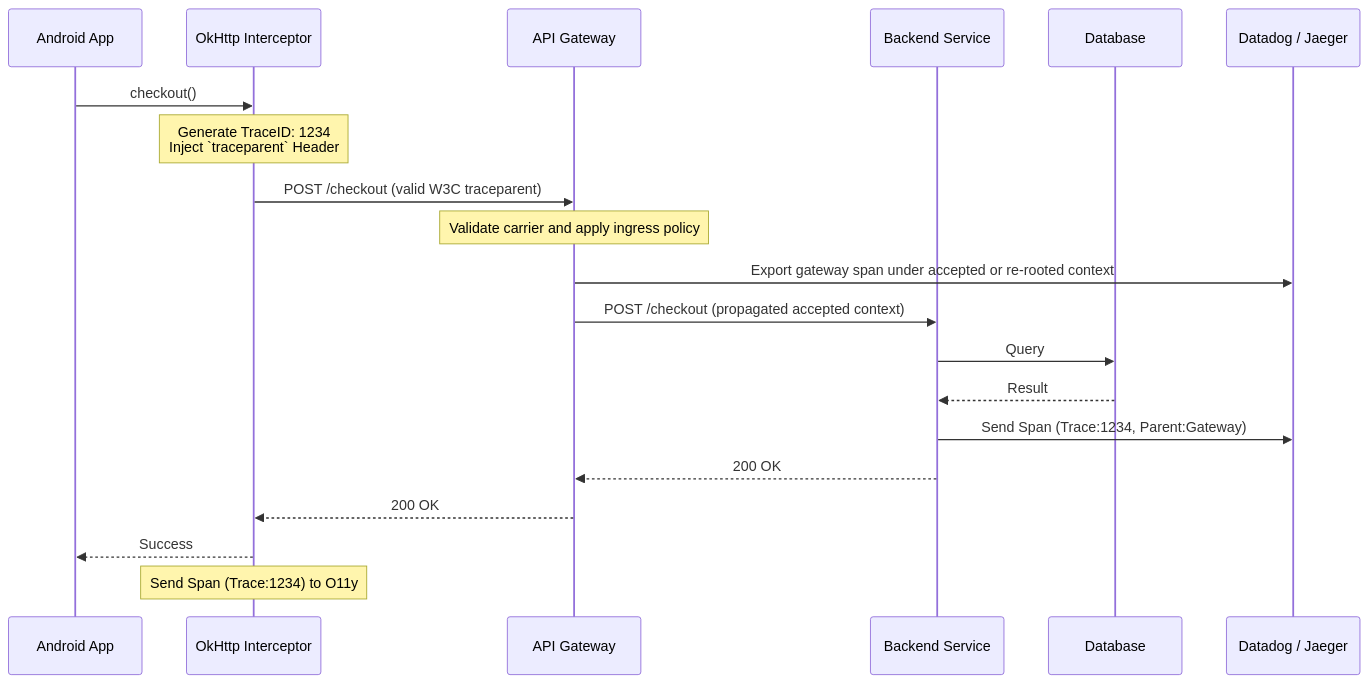
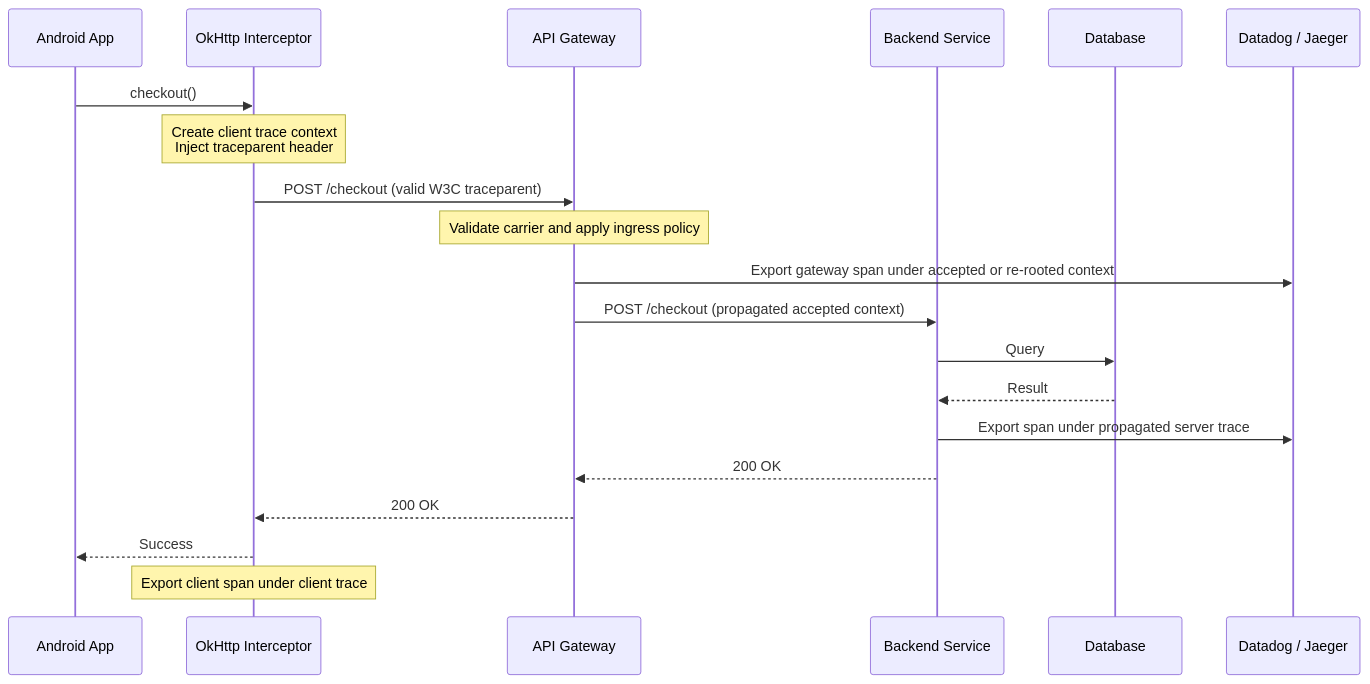
The diagram in observability/distributed-tracing.md (swarnsingh/android-staff-engineer-playbook-website), drawn with Mermaid before and after one commit. The commit also changed other lines of this file and 21 other files, not shown here.

````diff
--- a/observability/distributed-tracing.md
+++ b/observability/distributed-tracing.md
@@ -53,23 +53,23 @@
 ```mermaid
 sequenceDiagram
     participant App as Android App
     participant Net as OkHttp Interceptor
     participant Gateway as API Gateway
     participant BE as Backend Service
     participant DB as Database
     participant O11y as Datadog / Jaeger
 
     App->>Net: checkout()
-    Note over Net: Generate TraceID: 1234<br/>Inject `traceparent` Header
+    Note over Net: Create client trace context<br/>Inject traceparent header
     Net->>Gateway: POST /checkout (valid W3C traceparent)
     Note over Gateway: Validate carrier and apply ingress policy
     Gateway->>O11y: Export gateway span under accepted or re-rooted context
     Gateway->>BE: POST /checkout (propagated accepted context)
     BE->>DB: Query
     DB-->>BE: Result
-    BE->>O11y: Send Span (Trace:1234, Parent:Gateway)
+    BE->>O11y: Export span under propagated server trace
     BE-->>Gateway: 200 OK
     Gateway-->>Net: 200 OK
     Net-->>App: Success
-    Note over Net: Send Span (Trace:1234) to O11y
+    Note over Net: Export client span under client trace
 ```
````
